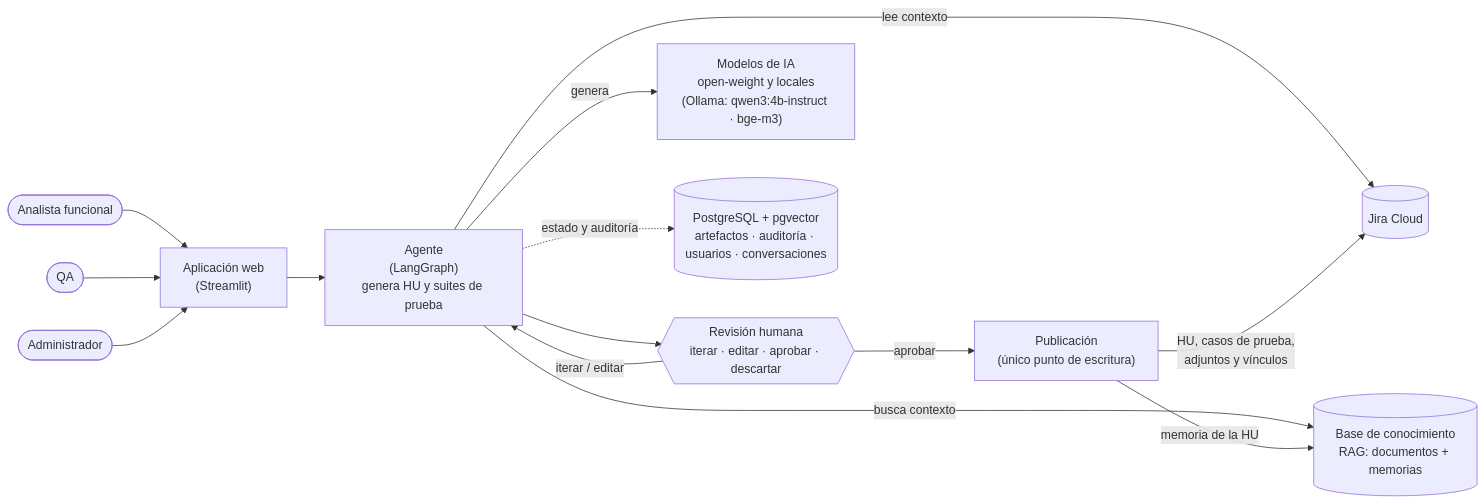
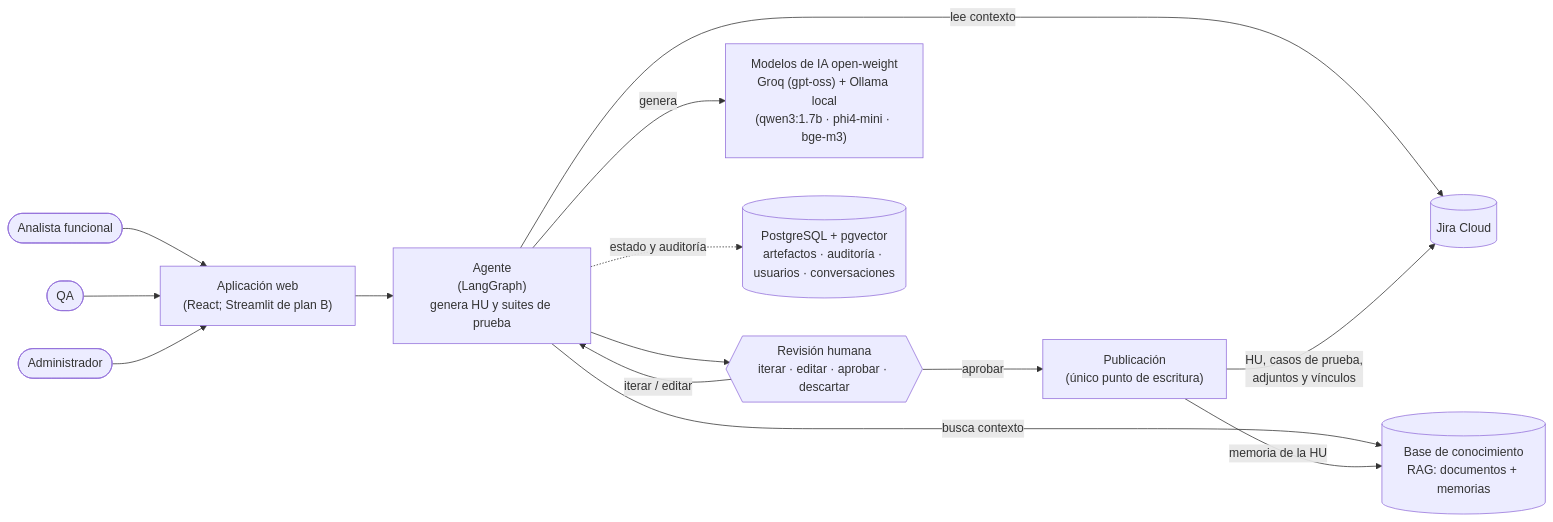
The diagram in ONBOARDING.md (maujimenez4/agente-af-qa), drawn with Mermaid before and after one commit. The commit also changed other lines of this file and 5 other files, not shown here.

Commit message:
Documentación al día (2026-10-08): modelos mixtos en los diagramas de arquitectura y C4, README con el arranque diario, DEMO.md con la variante B en AFQP y ONBOARDING con el estado actual

````diff
--- a/ONBOARDING.md
+++ b/ONBOARDING.md
@@ -22,26 +23,26 @@
 ```mermaid
 flowchart LR
     af(["Analista funcional"])
     qa(["QA"])
     admin(["Administrador"])
 
-    ui["Aplicación web<br/>(Streamlit)"]
+    ui["Aplicación web<br/>(React; Streamlit de plan B)"]
     agent["Agente<br/>(LangGraph)<br/>genera HU y suites de prueba"]
     review{{"Revisión humana<br/>iterar · editar · aprobar · descartar"}}
     rag[("Base de conocimiento<br/>RAG: documentos + memorias")]
-    llm["Modelos de IA<br/>open-weight y locales<br/>(Ollama: qwen3:4b-instruct · bge-m3)"]
+    llm["Modelos de IA open-weight<br/>Groq (gpt-oss) + Ollama local<br/>(qwen3:1.7b · phi4-mini · bge-m3)"]
     jira[("Jira Cloud")]
     db[("PostgreSQL + pgvector<br/>artefactos · auditoría · usuarios · conversaciones")]
 
     af & qa & admin --> ui
     ui --> agent
     agent -- "lee contexto" --> jira
     agent -- "busca contexto" --> rag
     agent -- "genera" --> llm
     agent --> review
     review -- "iterar / editar" --> agent
     review -- "aprobar" --> publish["Publicación<br/>(único punto de escritura)"]
     publish -- "HU, casos de prueba,<br/>adjuntos y vínculos" --> jira
     publish -- "memoria de la HU" --> rag
     agent -. "estado y auditoría" .-> db
 ```
````
